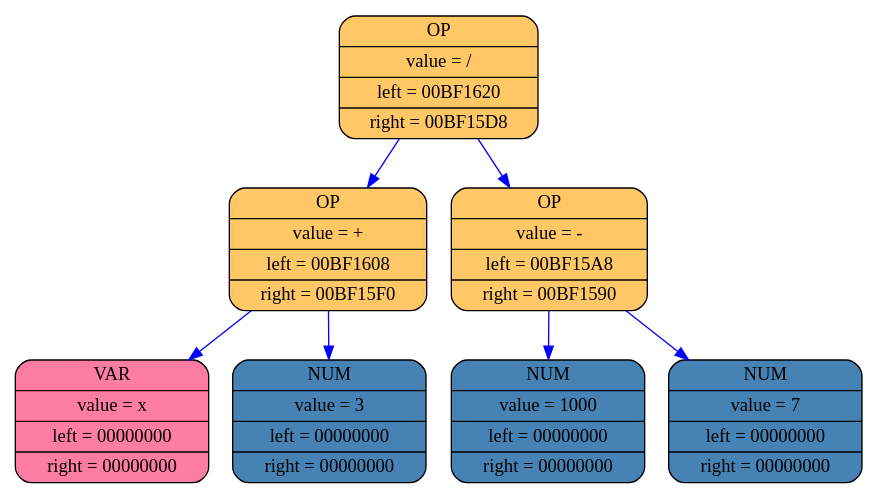
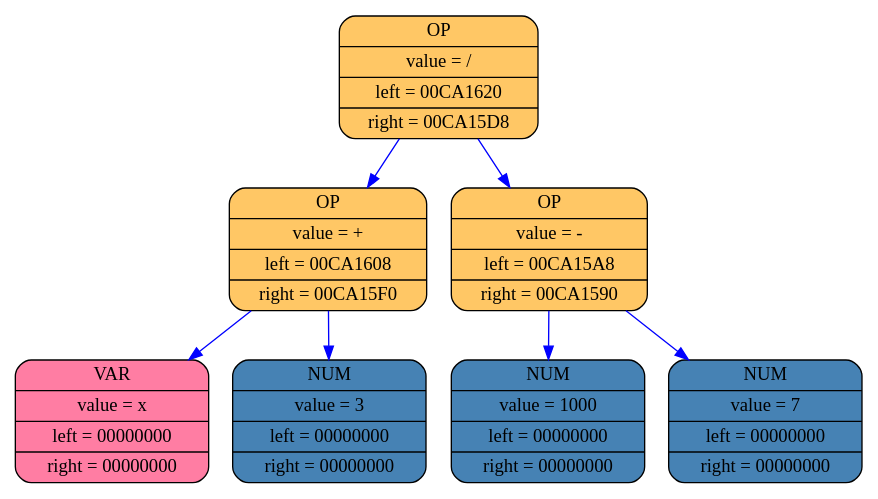
Before and after one commit to aywert/DIFFERENCIATOR: the diagram in log_folder_differenciator/differenciator_graph.dot, drawn with Graphviz. The commit also changed 8 other files, not shown here.

```diff
--- a/log_folder_differenciator/differenciator_graph.dot
+++ b/log_folder_differenciator/differenciator_graph.dot
@@ -1,17 +1,17 @@
 digraph list
 {
 rankdir=HR;
-	12523068 [shape = Mrecord; style = filled; fillcolor="#ffc765"; color = "#000000"; fontcolor = "#000000"; label = "{ OP | value = / | left = 00BF1620| right = 00BF15D8}"];
-	12523044 [shape = Mrecord; style = filled; fillcolor="#ffc765"; color = "#000000"; fontcolor = "#000000"; label = "{ OP | value = + | left = 00BF1608| right = 00BF15F0}"];
-	12523068 -> 12523044 [color="blue"]
-	12523020 [shape = Mrecord; style = filled; fillcolor="#ff7da3"; color = "#000000"; fontcolor = "#000000"; label = "{ VAR | value = x | left = 00000000| right = 00000000}"];
-	12523044 -> 12523020 [color="blue"]
-	12522996 [shape = Mrecord; style = filled; fillcolor="#4682b4"; color = "#000000"; fontcolor = "#000000"; label = "{ NUM | value = 3 | left = 00000000| right = 00000000}"];
-	12523044 -> 12522996 [color="blue"]
-	12522972 [shape = Mrecord; style = filled; fillcolor="#ffc765"; color = "#000000"; fontcolor = "#000000"; label = "{ OP | value = - | left = 00BF15A8| right = 00BF1590}"];
-	12523068 -> 12522972 [color="blue"]
-	12522924 [shape = Mrecord; style = filled; fillcolor="#4682b4"; color = "#000000"; fontcolor = "#000000"; label = "{ NUM | value = 1000 | left = 00000000| right = 00000000}"];
-	12522972 -> 12522924 [color="blue"]
-	12522900 [shape = Mrecord; style = filled; fillcolor="#4682b4"; color = "#000000"; fontcolor = "#000000"; label = "{ NUM | value = 7 | left = 00000000| right = 00000000}"];
-	12522972 -> 12522900 [color="blue"]
+	13243964 [shape = Mrecord; style = filled; fillcolor="#ffc765"; color = "#000000"; fontcolor = "#000000"; label = "{ OP | value = / | left = 00CA1620| right = 00CA15D8}"];
+	13243940 [shape = Mrecord; style = filled; fillcolor="#ffc765"; color = "#000000"; fontcolor = "#000000"; label = "{ OP | value = + | left = 00CA1608| right = 00CA15F0}"];
+	13243964 -> 13243940 [color="blue"]
+	13243916 [shape = Mrecord; style = filled; fillcolor="#ff7da3"; color = "#000000"; fontcolor = "#000000"; label = "{ VAR | value = x | left = 00000000| right = 00000000}"];
+	13243940 -> 13243916 [color="blue"]
+	13243892 [shape = Mrecord; style = filled; fillcolor="#4682b4"; color = "#000000"; fontcolor = "#000000"; label = "{ NUM | value = 3 | left = 00000000| right = 00000000}"];
+	13243940 -> 13243892 [color="blue"]
+	13243868 [shape = Mrecord; style = filled; fillcolor="#ffc765"; color = "#000000"; fontcolor = "#000000"; label = "{ OP | value = - | left = 00CA15A8| right = 00CA1590}"];
+	13243964 -> 13243868 [color="blue"]
+	13243820 [shape = Mrecord; style = filled; fillcolor="#4682b4"; color = "#000000"; fontcolor = "#000000"; label = "{ NUM | value = 1000 | left = 00000000| right = 00000000}"];
+	13243868 -> 13243820 [color="blue"]
+	13243796 [shape = Mrecord; style = filled; fillcolor="#4682b4"; color = "#000000"; fontcolor = "#000000"; label = "{ NUM | value = 7 | left = 00000000| right = 00000000}"];
+	13243868 -> 13243796 [color="blue"]
 	}
```
